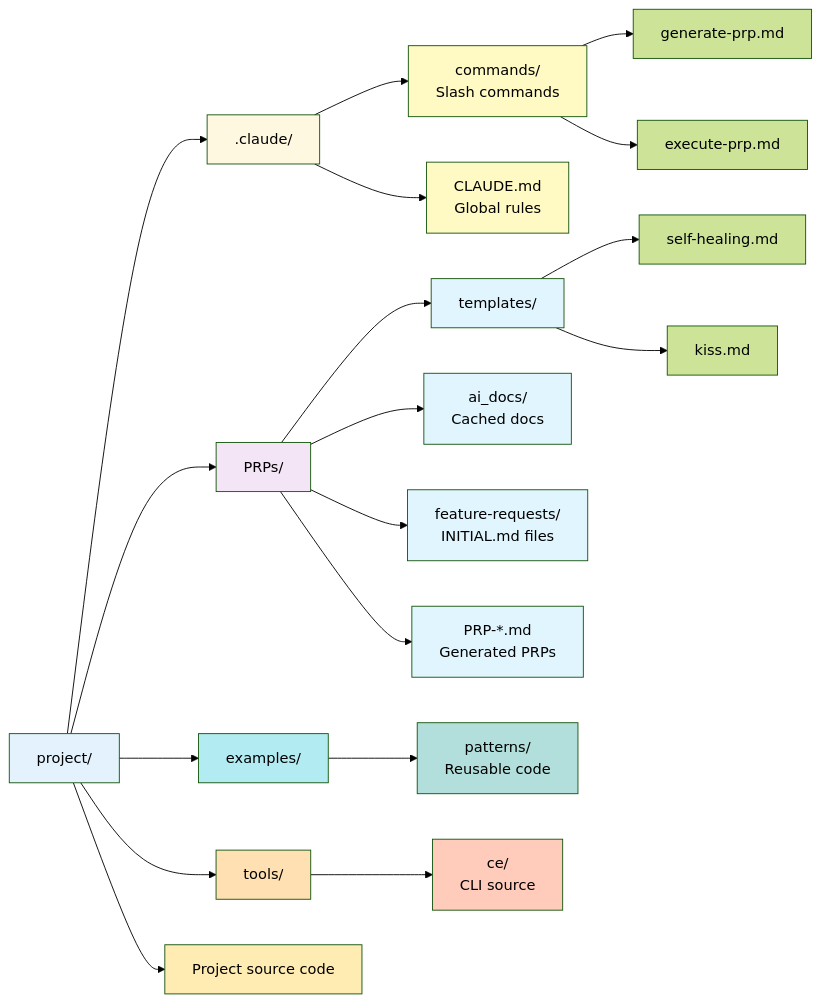
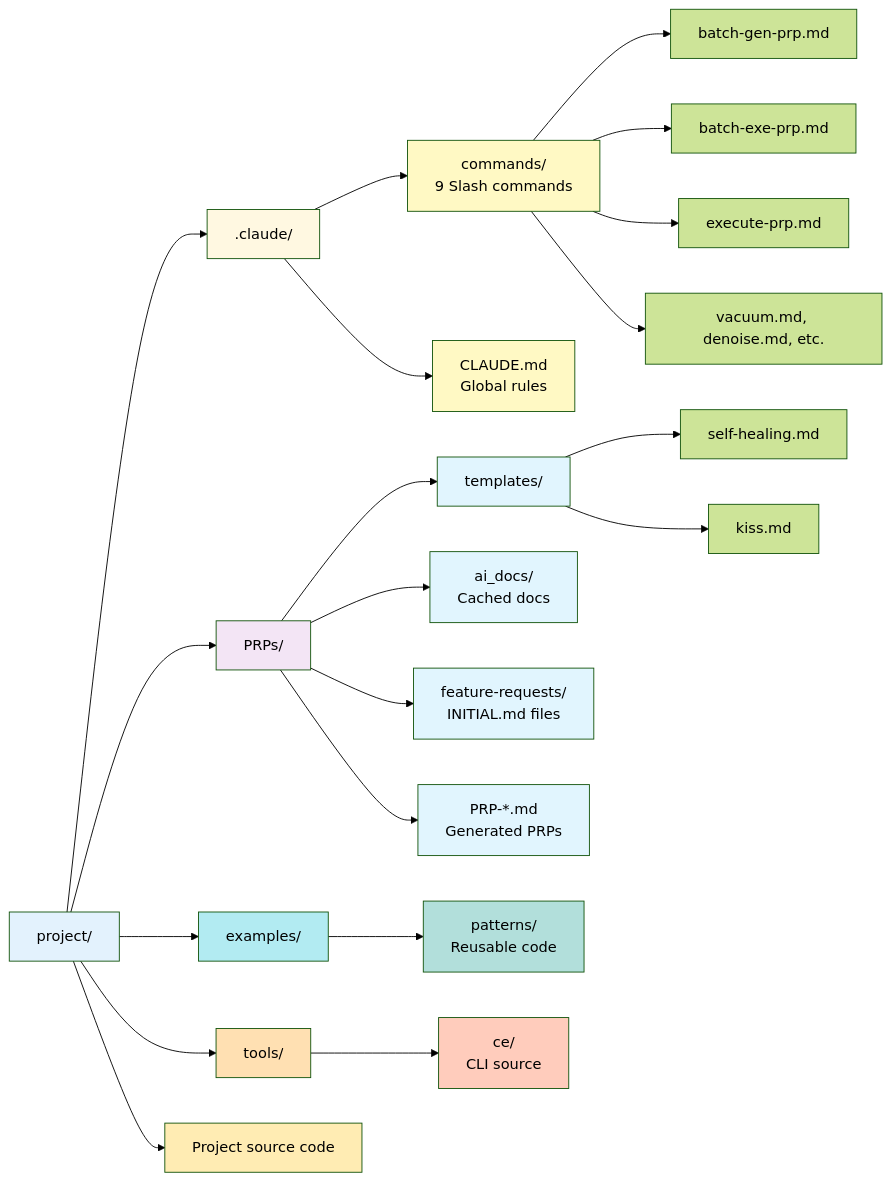
One commit to bprzybys-nc/ctx-eng-plus changed the tenth of 13 diagrams in examples/model/SystemModel.md. Above: the diagram before and after it, drawn with Mermaid (forest theme). The commit also changed other lines of this file and 3 other files, not shown here.

````diff
--- a/examples/model/SystemModel.md
+++ b/examples/model/SystemModel.md
@@ -1290,41 +1522,43 @@
 ```mermaid
 graph LR
     A["project/"]
 
     A --> B[".claude/"]
-    B --> B1["commands/<br/>Slash commands"]
-    B1 --> B1a["generate-prp.md"]
-    B1 --> B1b["execute-prp.md"]
+    B --> B1["commands/<br/>9 Slash commands"]
+    B1 --> B1a["batch-gen-prp.md"]
+    B1 --> B1b["batch-exe-prp.md"]
+    B1 --> B1c["execute-prp.md"]
+    B1 --> B1d["vacuum.md, denoise.md, etc."]
     B --> B2["CLAUDE.md<br/>Global rules"]
 
     A --> C["PRPs/"]
     C --> C1["templates/"]
     C1 --> C1a["self-healing.md"]
     C1 --> C1b["kiss.md"]
     C --> C2["ai_docs/<br/>Cached docs"]
     C --> C3["feature-requests/<br/>INITIAL.md files"]
     C --> C4["PRP-*.md<br/>Generated PRPs"]
 
     A --> D["examples/"]
     D --> D1["patterns/<br/>Reusable code"]
 
     A --> E["tools/"]
     E --> E1["ce/<br/>CLI source"]
 
     A --> F["Project source code"]
 
     style A fill:#e3f2fd,color:#000
     style B fill:#fff8e1,color:#000
     style C fill:#f3e5f5,color:#000
     style D fill:#b2ebf2,color:#000
     style E fill:#ffe0b2,color:#000
     style F fill:#ffecb3,color:#000
     style B1 fill:#fff9c4,color:#000
     style B2 fill:#fff9c4,color:#000
     style C1 fill:#e1f5fe,color:#000
     style C2 fill:#e1f5fe,color:#000
     style C3 fill:#e1f5fe,color:#000
     style C4 fill:#e1f5fe,color:#000
     style D1 fill:#b2dfdb,color:#000
     style E1 fill:#ffccbc,color:#000
 ```
````
